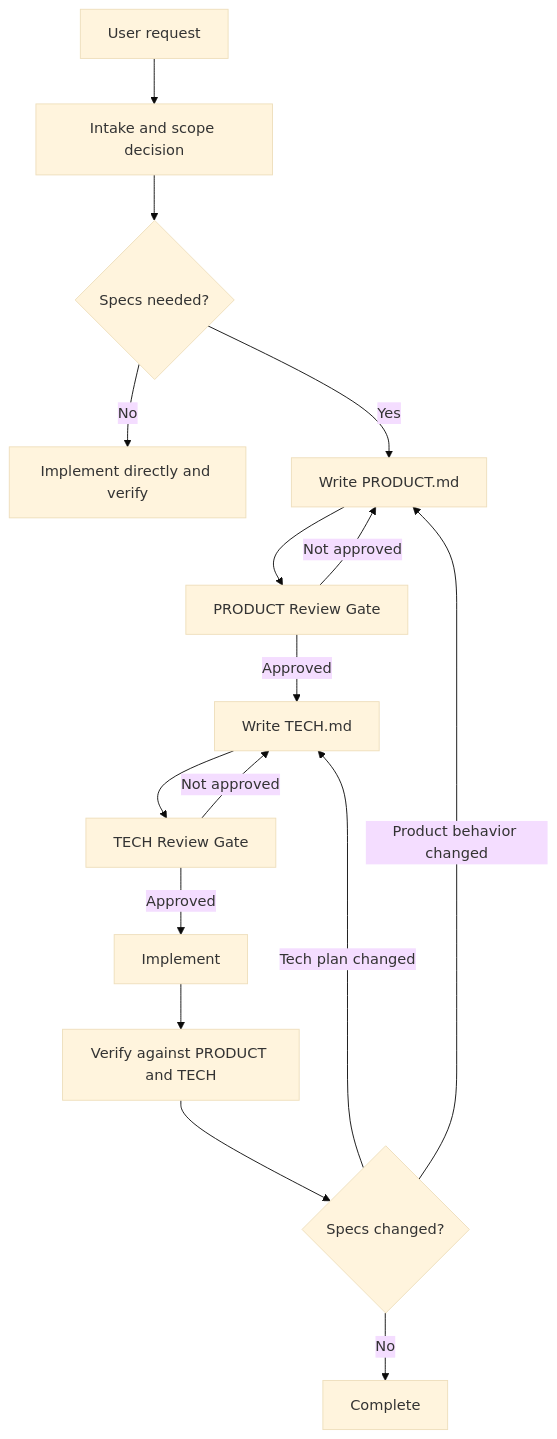
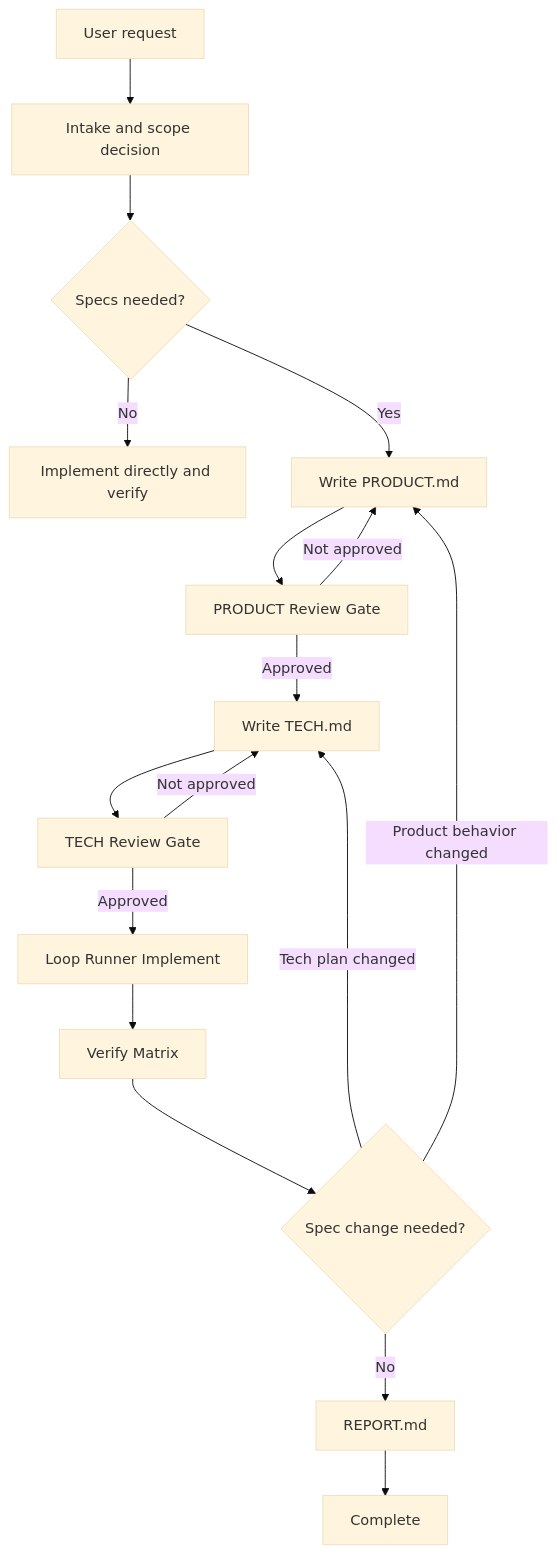
Before and after one commit to ai-x-builder/FastSpec: the diagram in docs/workflow.md, drawn with Mermaid (base theme). The commit also changed other lines of this file and 27 other files, not shown here.

First line of the commit message:
feat: add LoopSpec loop runner workflow

````diff
--- a/docs/workflow.md
+++ b/docs/workflow.md
@@ -33,18 +42,19 @@
 ```mermaid
 flowchart TD
   A["User request"] --> B["Intake and scope decision"]
   B --> C{"Specs needed?"}
   C -->|No| D["Implement directly and verify"]
   C -->|Yes| E["Write PRODUCT.md"]
   E --> F["PRODUCT Review Gate"]
   F -->|Not approved| E
   F -->|Approved| G["Write TECH.md"]
   G --> H["TECH Review Gate"]
   H -->|Not approved| G
-  H -->|Approved| I["Implement"]
-  I --> J["Verify against PRODUCT and TECH"]
-  J --> K{"Specs changed?"}
+  H -->|Approved| I["Loop Runner Implement"]
+  I --> J["Verify Matrix"]
+  J --> K{"Spec change needed?"}
   K -->|Product behavior changed| E
   K -->|Tech plan changed| G
-  K -->|No| L["Complete"]
+  K -->|No| L["REPORT.md"]
+  L --> M["Complete"]
 ```
````
